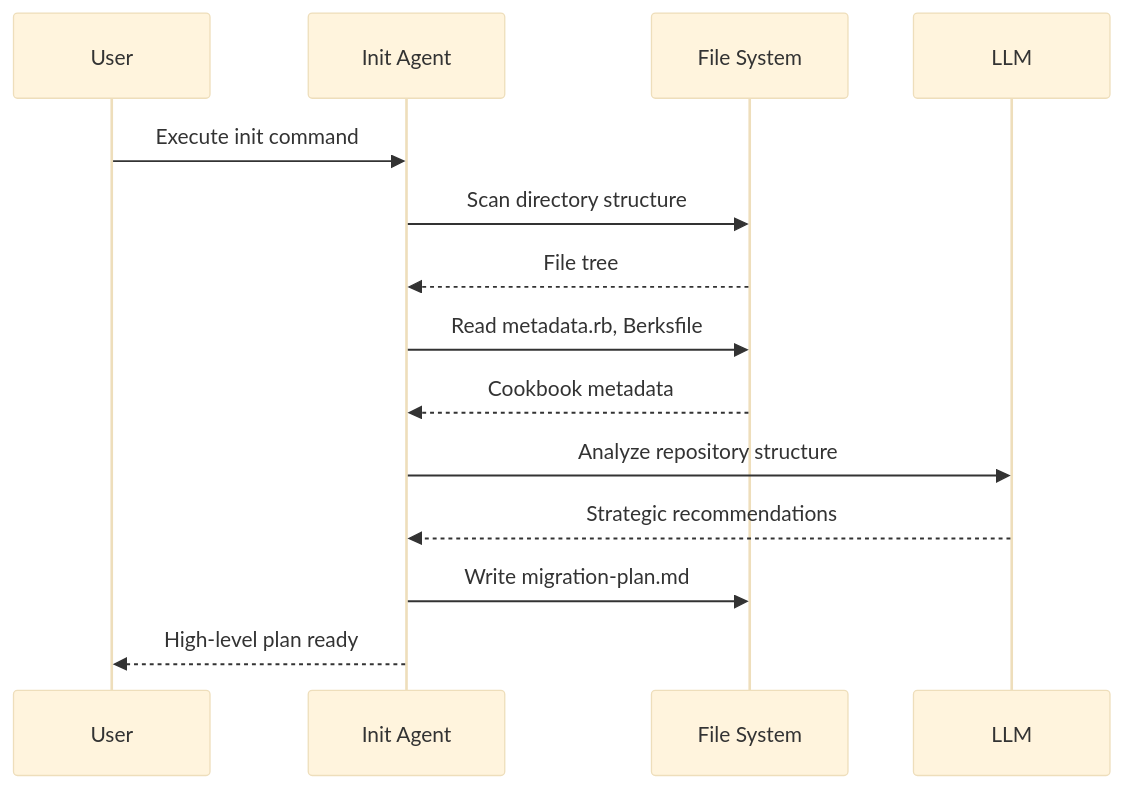
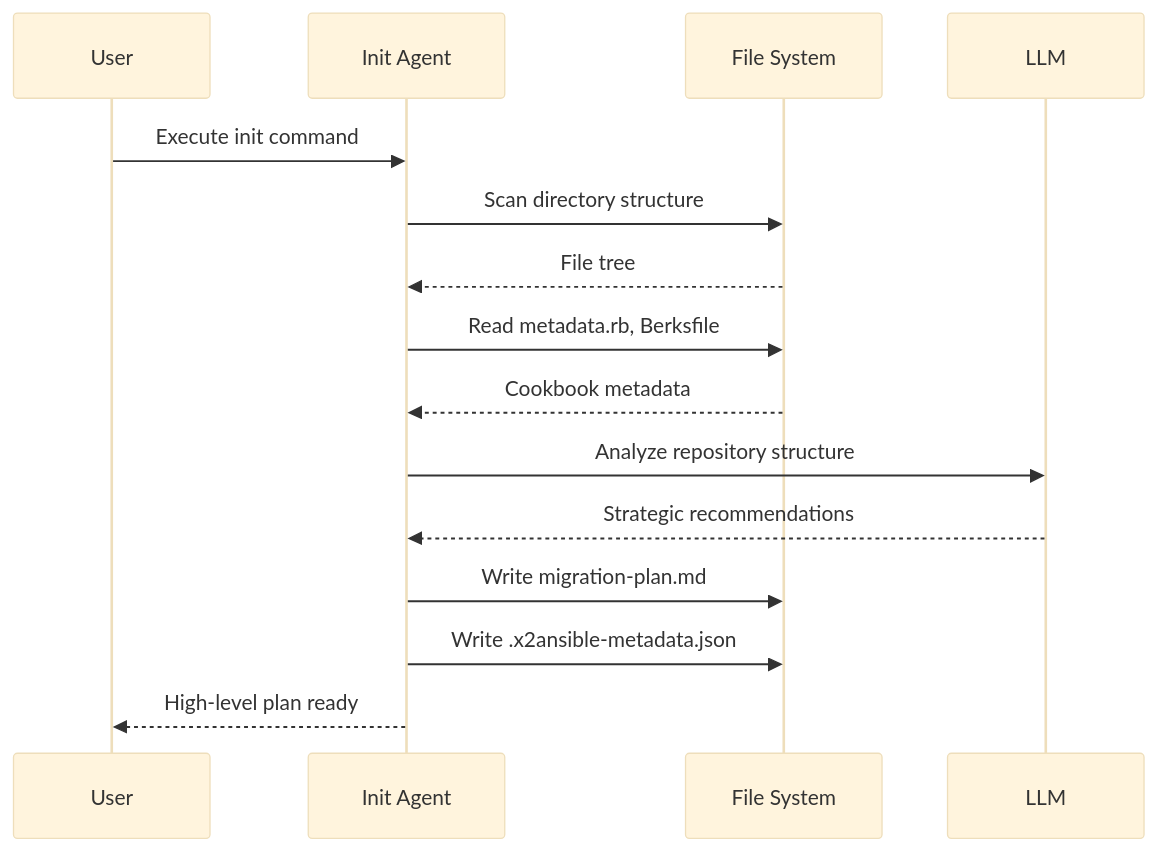
Before and after one commit to x2ansible/x2a-convertor: the second of 7 diagrams in docs/concepts/workflow.md, drawn with Mermaid (base theme). The commit also changed other lines of this file and 16 other files, not shown here.

First line of the commit message:
feat: init add refresh option and metadata.

````diff
--- a/docs/concepts/workflow.md
+++ b/docs/concepts/workflow.md
@@ -112,17 +112,18 @@
 ```mermaid
 sequenceDiagram
     participant User
     participant Init as Init Agent
     participant FS as File System
     participant LLM
 
     User->>Init: Execute init command
     Init->>FS: Scan directory structure
     FS-->>Init: File tree
     Init->>FS: Read metadata.rb, Berksfile
     FS-->>Init: Cookbook metadata
     Init->>LLM: Analyze repository structure
     LLM-->>Init: Strategic recommendations
     Init->>FS: Write migration-plan.md
+    Init->>FS: Write .x2ansible-metadata.json
     Init-->>User: High-level plan ready
 ```
````
